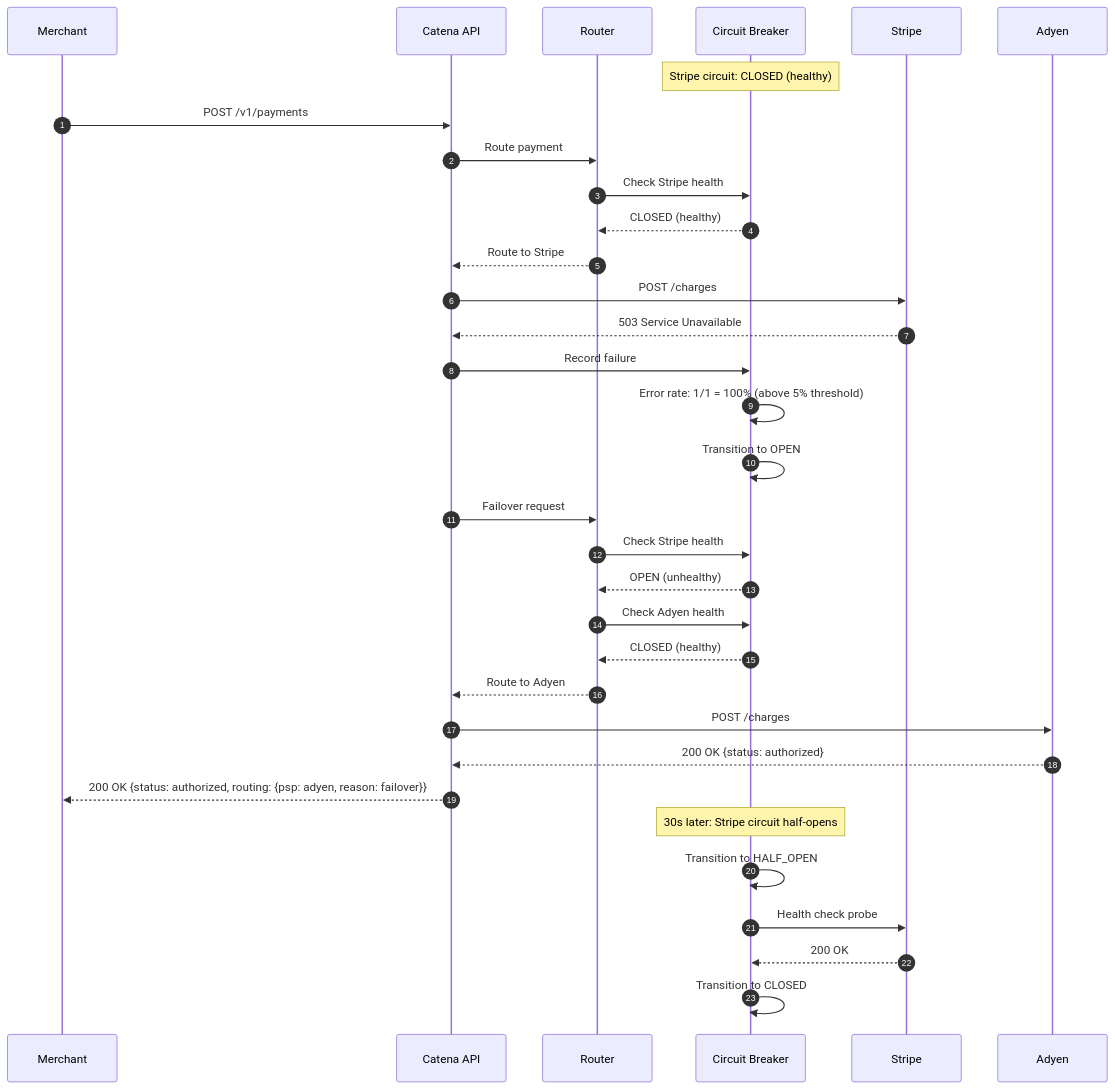
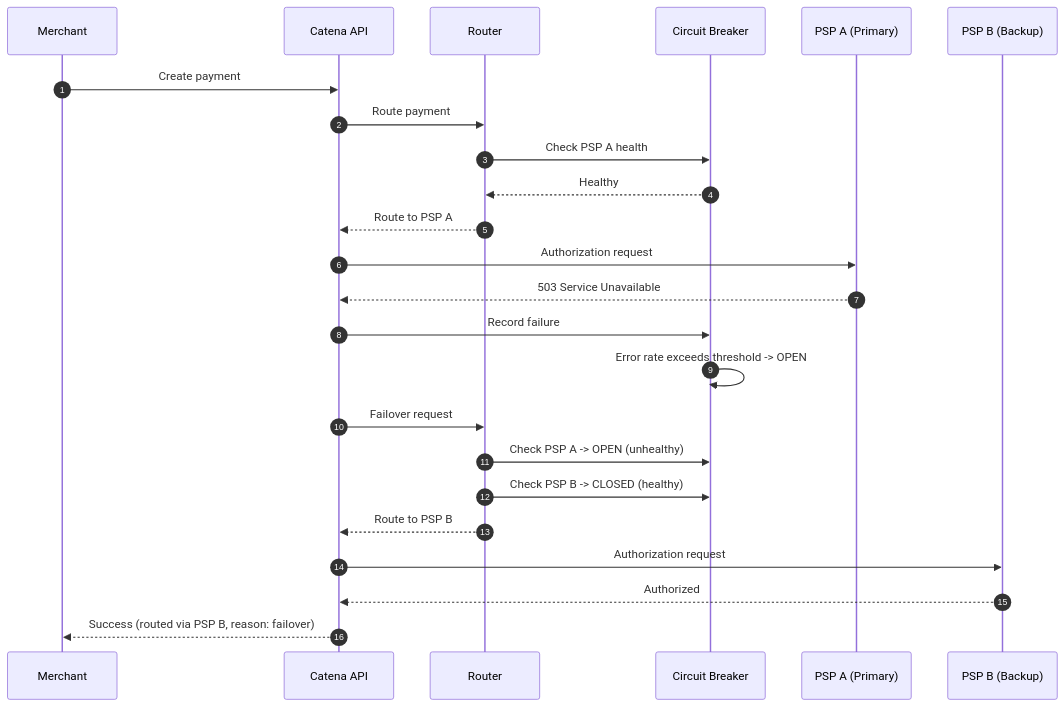
Before and after one commit to ashishthakur913/catenadocs: the ninth of 15 diagrams in PRD.md, drawn with Mermaid. The commit also changed other lines of this file and 1 other file, not shown here.

````diff
--- a/PRD.md
+++ b/PRD.md
@@ -1043,41 +739,30 @@
 ```mermaid
 sequenceDiagram
     autonumber
     participant M as Merchant
     participant C as Catena API
     participant R as Router
     participant CB as Circuit Breaker
-    participant S1 as Stripe
-    participant S2 as Adyen
+    participant S1 as PSP A (Primary)
+    participant S2 as PSP B (Backup)
     
-    Note over CB: Stripe circuit: CLOSED (healthy)
-    
-    M->>C: POST /v1/payments
+    M->>C: Create payment
     C->>R: Route payment
-    R->>CB: Check Stripe health
-    CB-->>R: CLOSED (healthy)
-    R-->>C: Route to Stripe
-    C->>S1: POST /charges
+    R->>CB: Check PSP A health
+    CB-->>R: Healthy
+    R-->>C: Route to PSP A
+    C->>S1: Authorization request
     S1-->>C: 503 Service Unavailable
     
     C->>CB: Record failure
-    CB->>CB: Error rate: 1/1 = 100% (above 5% threshold)
-    CB->>CB: Transition to OPEN
+    CB->>CB: Error rate exceeds threshold -> OPEN
     
     C->>R: Failover request
-    R->>CB: Check Stripe health
-    CB-->>R: OPEN (unhealthy)
-    R->>CB: Check Adyen health
-    CB-->>R: CLOSED (healthy)
-    R-->>C: Route to Adyen
+    R->>CB: Check PSP A -> OPEN (unhealthy)
+    R->>CB: Check PSP B -> CLOSED (healthy)
+    R-->>C: Route to PSP B
     
-    C->>S2: POST /charges
-    S2-->>C: 200 OK {status: authorized}
-    C-->>M: 200 OK {status: authorized, routing: {psp: adyen, reason: failover}}
-    
-    Note over CB: 30s later: Stripe circuit half-opens
-    CB->>CB: Transition to HALF_OPEN
-    CB->>S1: Health check probe
-    S1-->>CB: 200 OK
-    CB->>CB: Transition to CLOSED
+    C->>S2: Authorization request
+    S2-->>C: Authorized
+    C-->>M: Success (routed via PSP B, reason: failover)
 ```
````
